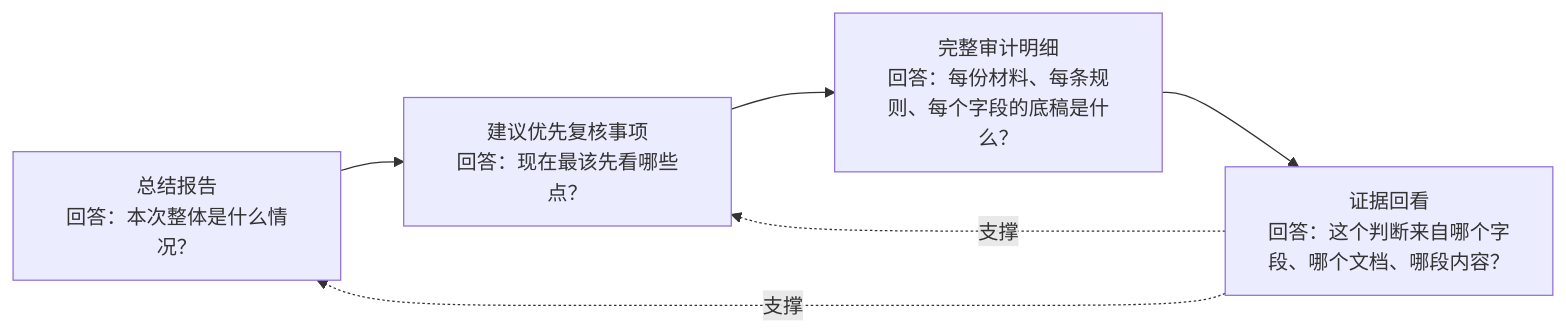
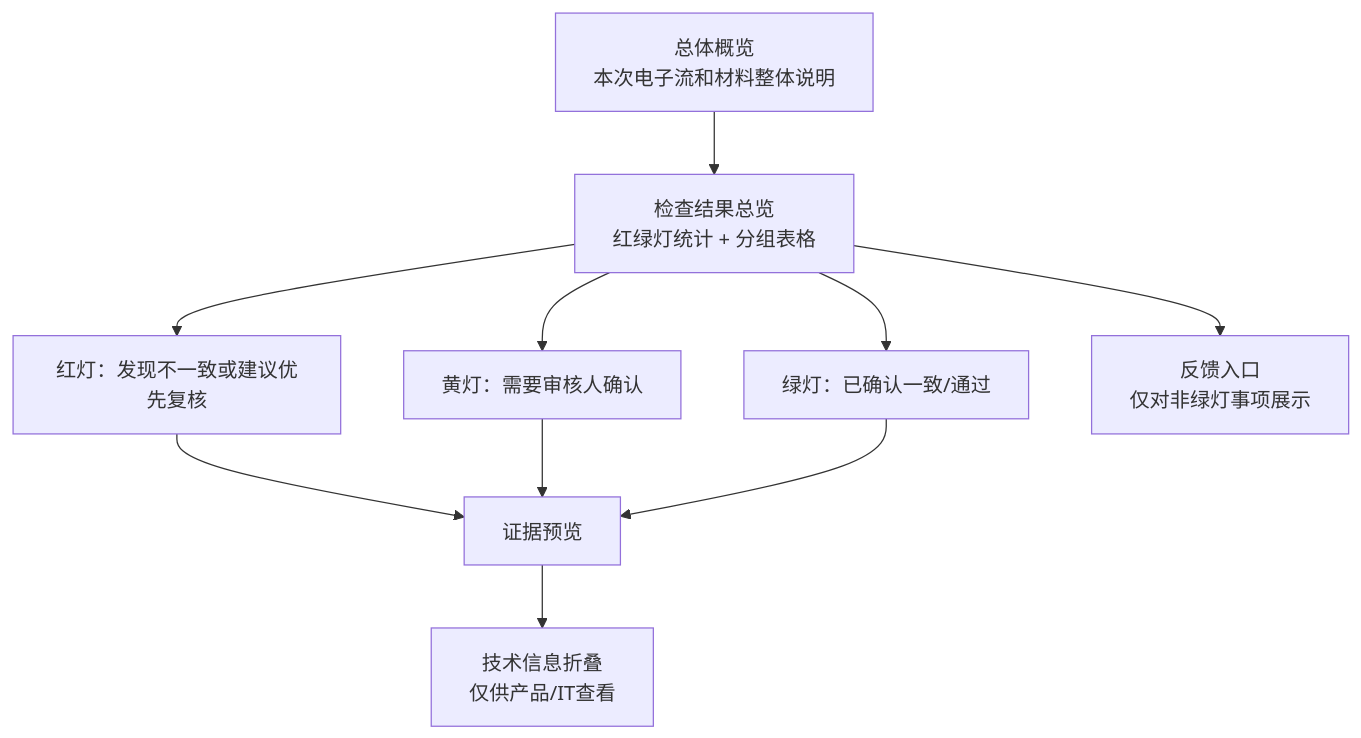
The diagram in docs/报告页展示逻辑.md (LuluCJJ/contract_handle), drawn with Mermaid before and after one commit. The commit also changed other lines of this file and 14 other files, not shown here.

````diff
--- a/docs/报告页展示逻辑.md
+++ b/docs/报告页展示逻辑.md
@@ -21,8 +25,12 @@
 ```mermaid
-flowchart LR
-    A["总结报告<br/>回答：本次整体是什么情况？"] --> B["建议优先复核事项<br/>回答：现在最该先看哪些点？"]
-    B --> C["完整审计明细<br/>回答：每份材料、每条规则、每个字段的底稿是什么？"]
-    C --> D["证据回看<br/>回答：这个判断来自哪个字段、哪个文档、哪段内容？"]
-    D -.支撑.-> B
-    D -.支撑.-> A
+flowchart TD
+    A["总体概览<br/>本次电子流和材料整体说明"] --> B["检查结果总览<br/>红绿灯统计 + 分组表格"]
+    B --> B1["红灯：发现不一致或建议优先复核"]
+    B --> B2["黄灯：需要审核人确认"]
+    B --> B3["绿灯：已确认一致/通过"]
+    B1 --> C["证据预览"]
+    B2 --> C
+    B3 --> C
+    C --> D["技术信息折叠<br/>仅供产品/IT查看"]
+    B --> E["反馈入口<br/>仅对非绿灯事项展示"]
 ```
````
